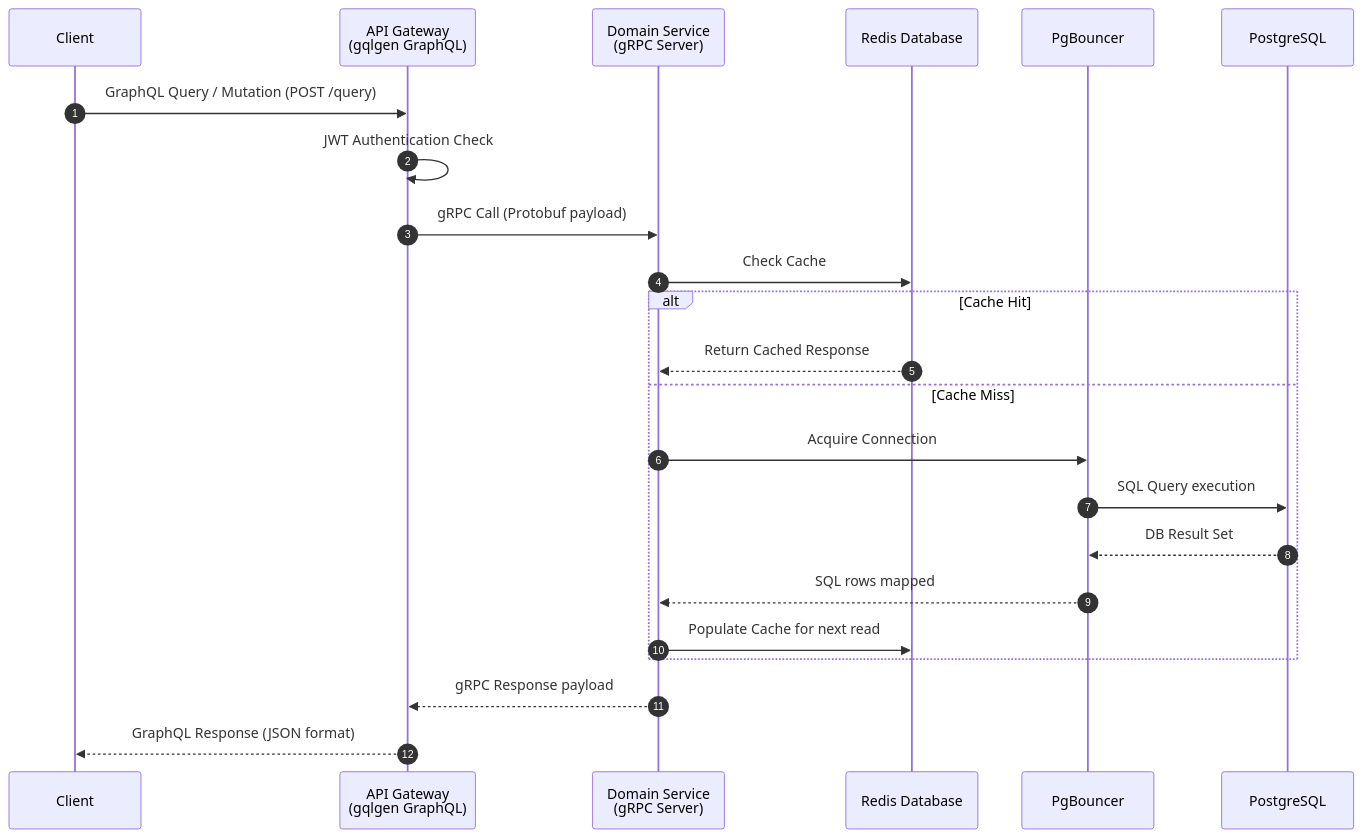
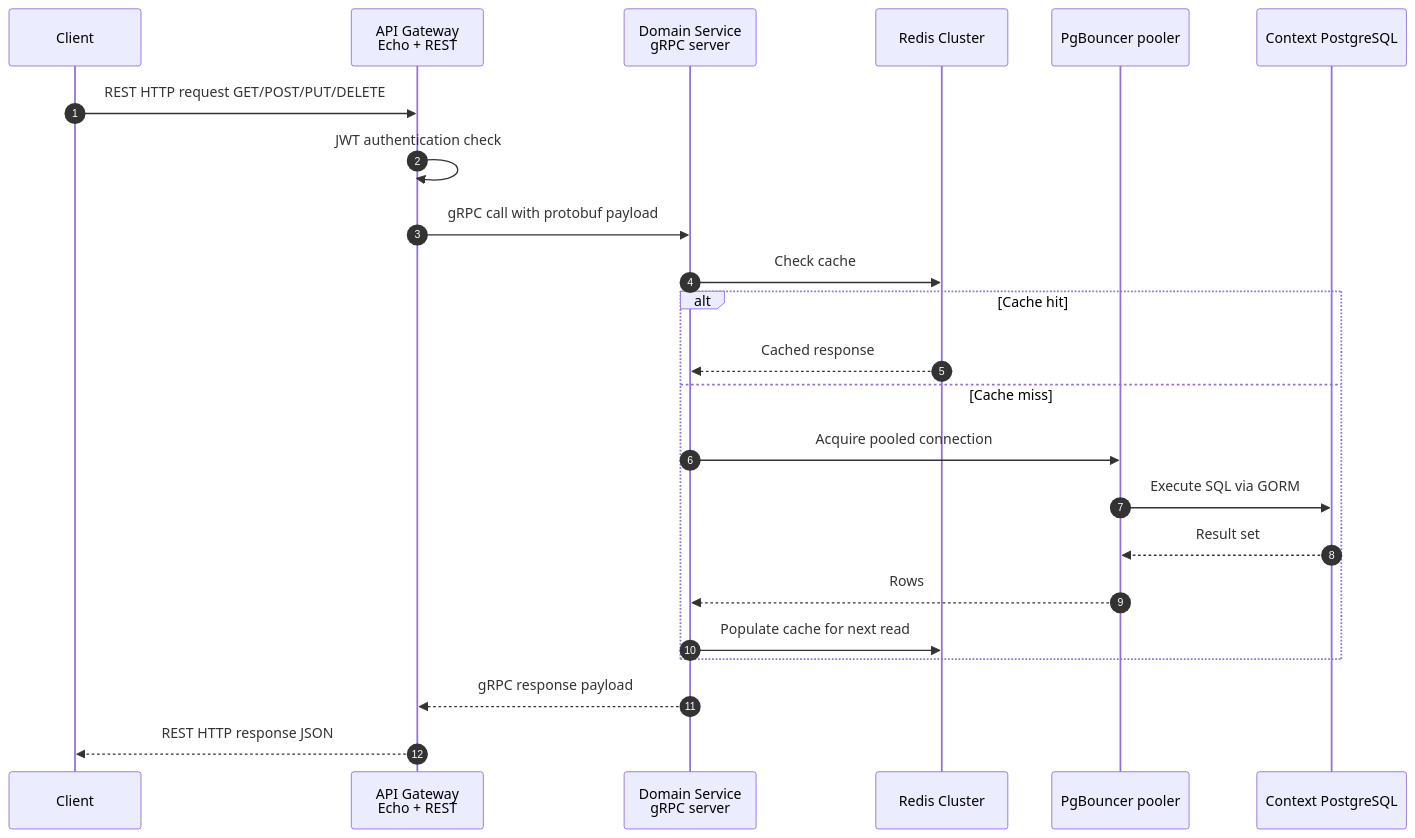
Before and after one commit to MamangRust/microservice-paymentgateway-gorm-graphql: the eighth of 15 diagrams in README.md, drawn with Mermaid. The commit also changed other lines of this file and 440 other files, not shown here.

Commit message:
PostgreSQL cluster-per-bounded-context

````diff
--- a/README.md
+++ b/README.md
@@ -296,26 +585,26 @@
 ```mermaid
 sequenceDiagram
     autonumber
     participant C as Client
-    participant GW as API Gateway<br/>(gqlgen GraphQL)
-    participant SVC as Domain Service<br/>(gRPC Server)
-    participant REDIS as Redis Database
-    participant PGB as PgBouncer
-    participant DB as PostgreSQL
+    participant GW as API Gateway<br/>Echo + REST
+    participant SVC as Domain Service<br/>gRPC server
+    participant REDIS as Redis Cluster
+    participant PGB as PgBouncer pooler
+    participant DB as Context PostgreSQL
 
-    C->>GW: GraphQL Query / Mutation (POST /query)
-    GW->>GW: JWT Authentication Check
-    GW->>SVC: gRPC Call (Protobuf payload)
-    SVC->>REDIS: Check Cache
-    alt Cache Hit
-        REDIS-->>SVC: Return Cached Response
-    else Cache Miss
-        SVC->>PGB: Acquire Connection
-        PGB->>DB: SQL Query execution
-        DB-->>PGB: DB Result Set
-        PGB-->>SVC: SQL rows mapped
-        SVC->>REDIS: Populate Cache for next read
+    C->>GW: REST HTTP request GET/POST/PUT/DELETE
+    GW->>GW: JWT authentication check
+    GW->>SVC: gRPC call with protobuf payload
+    SVC->>REDIS: Check cache
+    alt Cache hit
+        REDIS-->>SVC: Cached response
+    else Cache miss
+        SVC->>PGB: Acquire pooled connection
+        PGB->>DB: Execute SQL via GORM
+        DB-->>PGB: Result set
+        PGB-->>SVC: Rows
+        SVC->>REDIS: Populate cache for next read
     end
-    SVC-->>GW: gRPC Response payload
-    GW-->>C: GraphQL Response (JSON format)
+    SVC-->>GW: gRPC response payload
+    GW-->>C: REST HTTP response JSON
 ```
````
